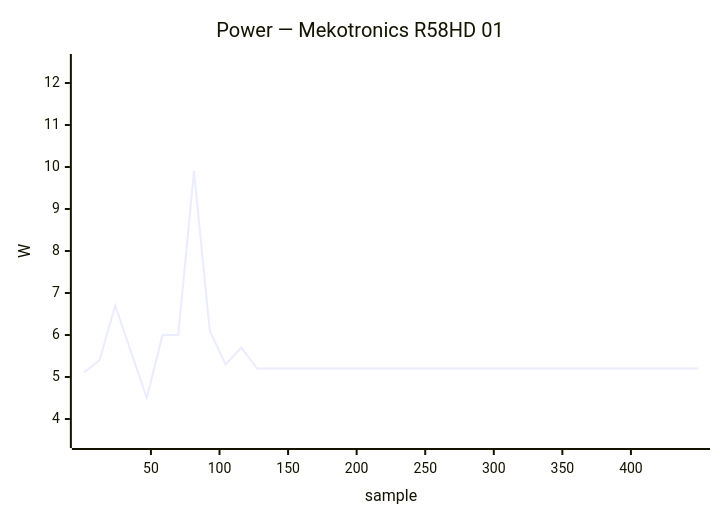
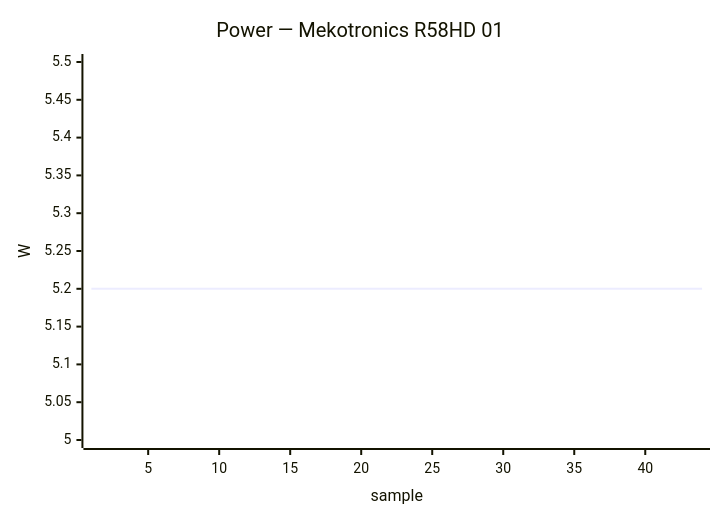
Before and after one commit to armbian/documentation: the second of 39 diagrams in docs/status/board-tests.md, drawn with Mermaid. The commit also changed other lines of this file, not shown here.

````diff
--- a/docs/status/board-tests.md
+++ b/docs/status/board-tests.md
@@ -68,7 +56,7 @@
 ```mermaid
 xychart-beta
     title "Power — Mekotronics R58HD 01"
-    x-axis "sample" 1 --> 449
-    y-axis "W" 3.5 --> 12.5
-    line [5.1, 5.4, 6.7, 5.6, 4.5, 6.0, 6.0, 9.9, 6.1, 5.3, 5.7, 5.2, 5.2, 5.2, 5.2, 5.2, 5.2, 5.2, 5.2, 5.2, 5.2, 5.2, 5.2, 5.2, 5.2, 5.2, 5.2, 5.2, 5.2, 5.2, 5.2, 5.2, 5.2, 5.2, 5.2, 5.2, 5.2, 5.2, 5.2, 5.2]
+    x-axis "sample" 1 --> 44
+    y-axis "W" 5.0 --> 5.5
+    line [5.2, 5.2, 5.2, 5.2, 5.2, 5.2, 5.2, 5.2, 5.2, 5.2, 5.2, 5.2, 5.2, 5.2, 5.2, 5.2, 5.2, 5.2, 5.2, 5.2, 5.2, 5.2, 5.2, 5.2, 5.2, 5.2, 5.2, 5.2, 5.2, 5.2, 5.2, 5.2, 5.2, 5.2, 5.2, 5.2, 5.2, 5.2, 5.2, 5.2]
 ```
````
